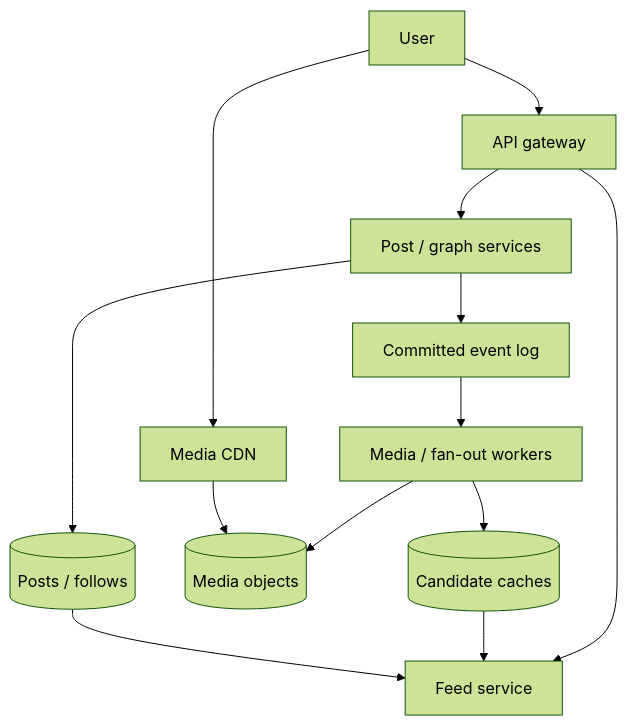
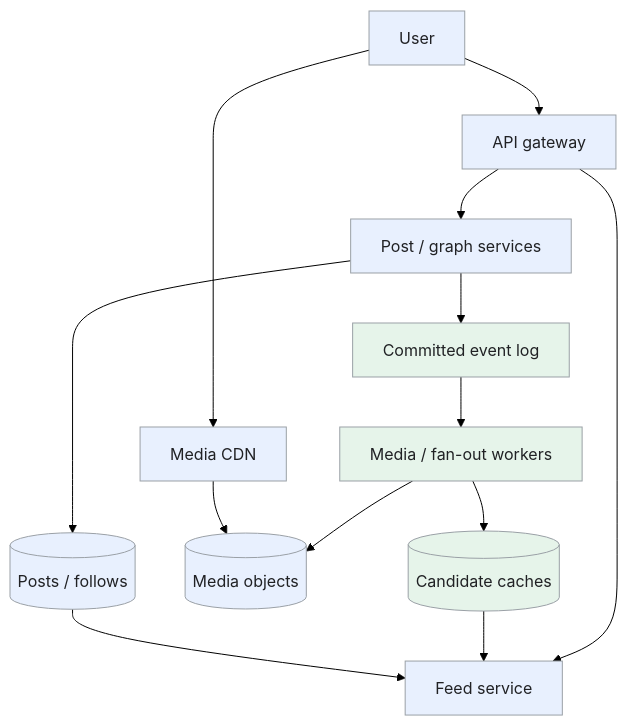
One commit to iliazlobin/iliazlobin.github.io changed the first of 3 diagrams in _designs/system-design-instagram.md. Above: the diagram before and after it, drawn with Mermaid (forest theme). The commit also changed other lines of this file and 20 other files, not shown here.

Commit message:
Improve design flows, tradeoffs, and technology references

````diff
--- a/_designs/system-design-instagram.md
+++ b/_designs/system-design-instagram.md
@@ -140,15 +140,20 @@
 ```mermaid
 flowchart TB
   U[User] --> API[API gateway]
   API --> P[Post / graph services]
   P --> DB[(Posts / follows)]
   P --> Q[Committed event log]
   Q --> W[Media / fan-out workers]
   W --> O[(Media objects)]
   W --> C[(Candidate caches)]
   API --> F[Feed service]
   C --> F
   DB --> F
   U --> D[Media CDN]
   D --> O
+  classDef request fill:#e8f0fe,stroke:#9aa0a6,color:#202124,stroke-width:1px
+  classDef background fill:#e6f4ea,stroke:#9aa0a6,color:#202124,stroke-width:1px
+  classDef control fill:#fef7e0,stroke:#9aa0a6,color:#202124,stroke-width:1px
+  class U,API,P,DB,O,F,D request
+  class Q,W,C background
 ```
````
